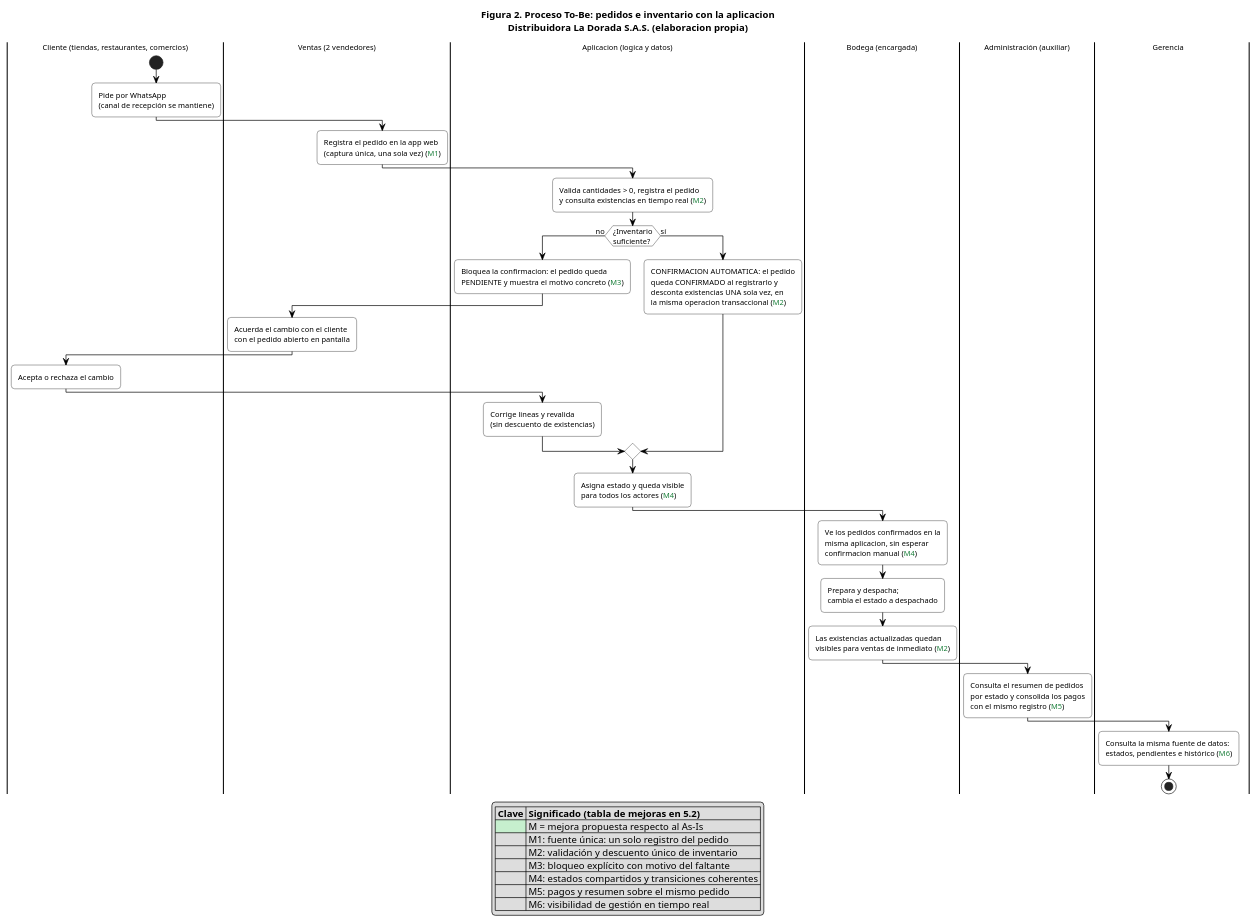
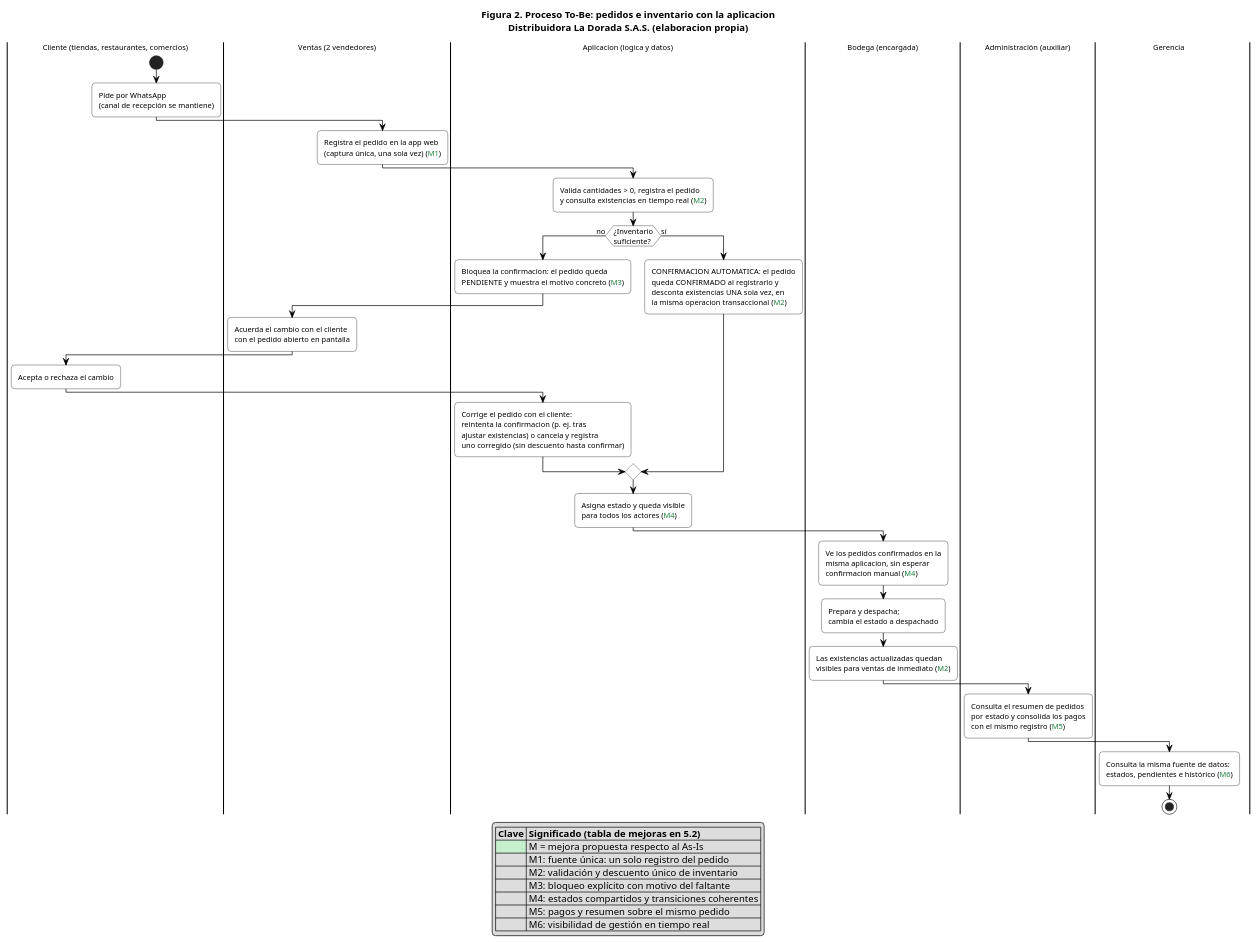
The diagram in docs/diagramas/to-be-la-dorada.puml (Mr-Felipe/distri_la_dorada), drawn with PlantUML before and after one commit. The commit also changed 11 other files, not shown here.

Commit message:
docs: align document and diagrams with the implemented web behavior

```diff
--- a/docs/diagramas/to-be-la-dorada.puml
+++ b/docs/diagramas/to-be-la-dorada.puml
@@ -8,59 +8,59 @@
 @startuml
 !pragma layout smetana
 title Figura 2. Proceso To-Be: pedidos e inventario con la aplicacion\nDistribuidora La Dorada S.A.S. (elaboracion propia)
 
 skinparam defaultFontName Arial
 skinparam defaultFontSize 11
 skinparam shadowing false
 skinparam swimlaneWidth 140
 skinparam roundCorner 10
 skinparam activityBackgroundColor White
 skinparam activityBorderColor Black
 skinparam activityArrowColor Black
 
 |Cliente (tiendas, restaurantes, comercios)|
 start
 :Pide por WhatsApp\n(canal de recepción se mantiene);
 
 |Ventas (2 vendedores)|
 :Registra el pedido en la app web\n(captura única, una sola vez) (<color:#1B7F3B>M1</color>);
 
 |Aplicacion (logica y datos)|
 :Valida cantidades > 0, registra el pedido\ny consulta existencias en tiempo real (<color:#1B7F3B>M2</color>);
 if (¿Inventario\nsuficiente?) then (no)
   :Bloquea la confirmacion: el pedido queda\nPENDIENTE y muestra el motivo concreto (<color:#1B7F3B>M3</color>);
   |Ventas (2 vendedores)|
   :Acuerda el cambio con el cliente\ncon el pedido abierto en pantalla;
   |Cliente (tiendas, restaurantes, comercios)|
   :Acepta o rechaza el cambio;
   |Aplicacion (logica y datos)|
-  :Corrige lineas y revalida\n(sin descuento de existencias);
+  :Corrige el pedido con el cliente:\nreintenta la confirmacion (p. ej. tras\najustar existencias) o cancela y registra\nuno corregido (sin descuento hasta confirmar);
 else (sí)
   :CONFIRMACION AUTOMATICA: el pedido\nqueda CONFIRMADO al registrarlo y\ndesconta existencias UNA sola vez, en\nla misma operacion transaccional (<color:#1B7F3B>M2</color>);
 endif
 :Asigna estado y queda visible\npara todos los actores (<color:#1B7F3B>M4</color>);
 
 |Bodega (encargada)|
 :Ve los pedidos confirmados en la\nmisma aplicacion, sin esperar\nconfirmacion manual (<color:#1B7F3B>M4</color>);
 :Prepara y despacha;\ncambia el estado a despachado;
 :Las existencias actualizadas quedan\nvisibles para ventas de inmediato (<color:#1B7F3B>M2</color>);
 
 |Administración (auxiliar)|
 :Consulta el resumen de pedidos\npor estado y consolida los pagos\ncon el mismo registro (<color:#1B7F3B>M5</color>);
 
 |Gerencia|
 :Consulta la misma fuente de datos:\nestados, pendientes e histórico (<color:#1B7F3B>M6</color>);
 stop
 
 legend bottom
   |= Clave |= Significado (tabla de mejoras en 5.2) |
   | <#C6EFCE> | M = mejora propuesta respecto al As-Is |
   | | M1: fuente única: un solo registro del pedido |
   | | M2: validación y descuento único de inventario |
   | | M3: bloqueo explícito con motivo del faltante |
   | | M4: estados compartidos y transiciones coherentes |
   | | M5: pagos y resumen sobre el mismo pedido |
   | | M6: visibilidad de gestión en tiempo real |
 endlegend
 
 @enduml
```
